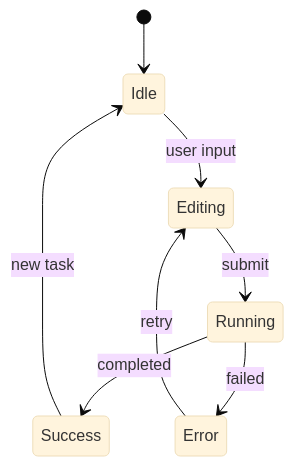
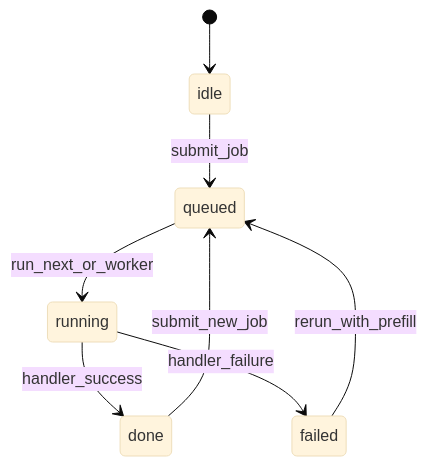
Before and after one commit to Maikeeeb/TwitchClipper: the second of 9 diagrams in docs/ui-spec.md, drawn with Mermaid (base theme). The commit also changed other lines of this file and 9 other files, not shown here.

````diff
--- a/docs/ui-spec.md
+++ b/docs/ui-spec.md
@@ -119,10 +332,10 @@
 ```mermaid
 stateDiagram-v2
-    [*] --> Idle
-    Idle --> Editing : user input
-    Editing --> Running : submit
-    Running --> Success : completed
-    Running --> Error : failed
-    Error --> Editing : retry
-    Success --> Idle : new task
+    [*] --> idle
+    idle --> queued : submit_job
+    queued --> running : run_next_or_worker
+    running --> done : handler_success
+    running --> failed : handler_failure
+    failed --> queued : rerun_with_prefill
+    done --> queued : submit_new_job
 ```
````
